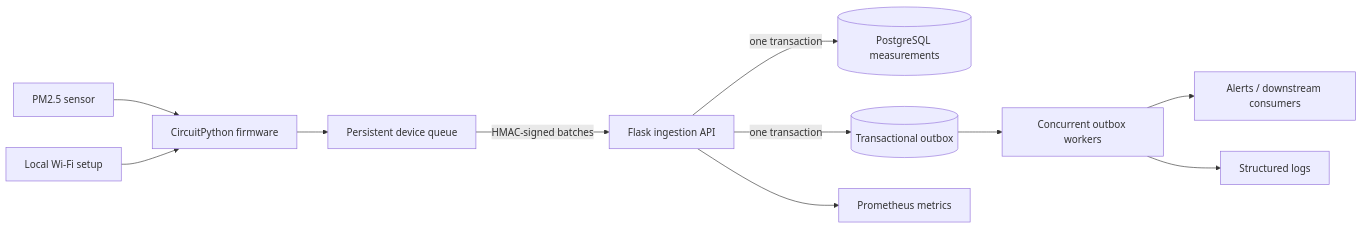
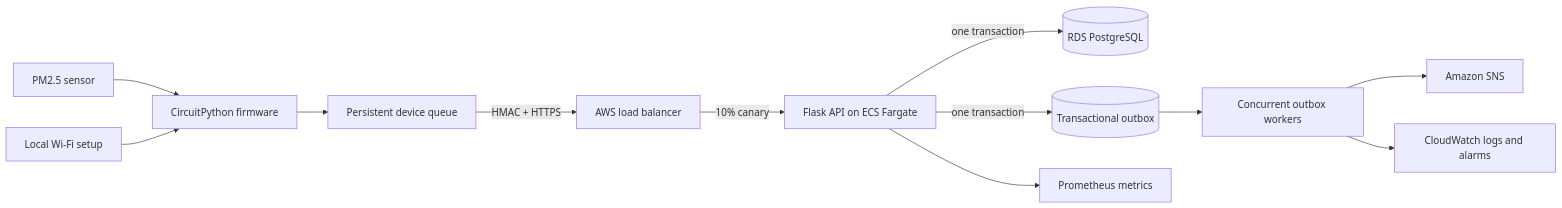
One commit to rdfds/myaqi-iot-platform changed the diagram in README.md. Above: the diagram before and after it, drawn with Mermaid. The commit also changed other lines of this file and 3 other files, not shown here.

````diff
--- a/README.md
+++ b/README.md
@@ -9,13 +9,14 @@
 ```mermaid
 flowchart LR
     Sensor["PM2.5 sensor"] --> Firmware["CircuitPython firmware"]
     Setup["Local Wi-Fi setup"] --> Firmware
     Firmware --> Queue["Persistent device queue"]
-    Queue -->|"HMAC-signed batches"| API["Flask ingestion API"]
-    API -->|"one transaction"| Measurements[("PostgreSQL measurements")]
+    Queue -->|"HMAC + HTTPS"| ALB["AWS load balancer"]
+    ALB -->|"10% canary"| API["Flask API on ECS Fargate"]
+    API -->|"one transaction"| Measurements[("RDS PostgreSQL")]
     API -->|"one transaction"| Outbox[("Transactional outbox")]
     Outbox --> Worker["Concurrent outbox workers"]
-    Worker --> Consumers["Alerts / downstream consumers"]
+    Worker --> Consumers["Amazon SNS"]
     API --> Metrics["Prometheus metrics"]
-    Worker --> Logs["Structured logs"]
+    Worker --> Logs["CloudWatch logs and alarms"]
 ```
````
